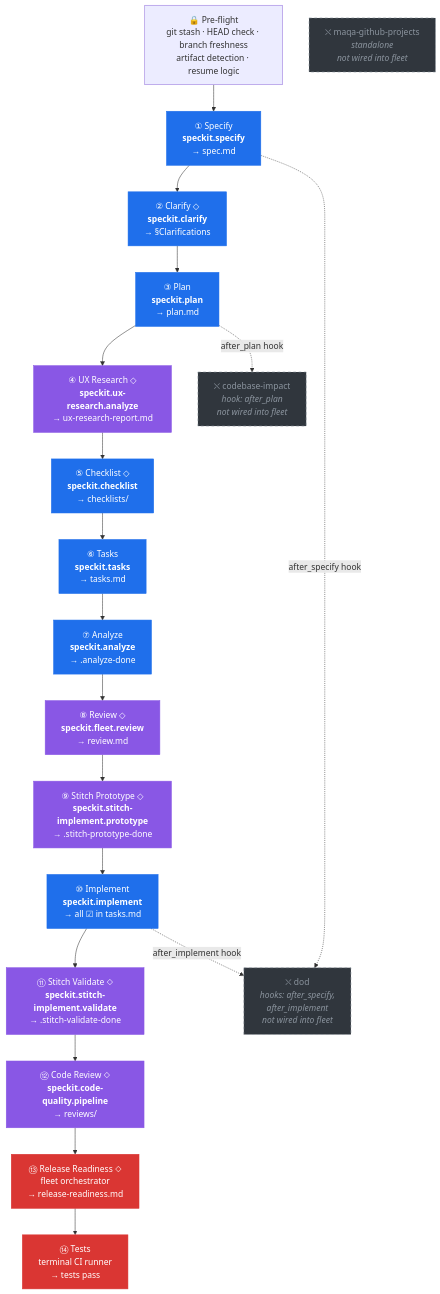
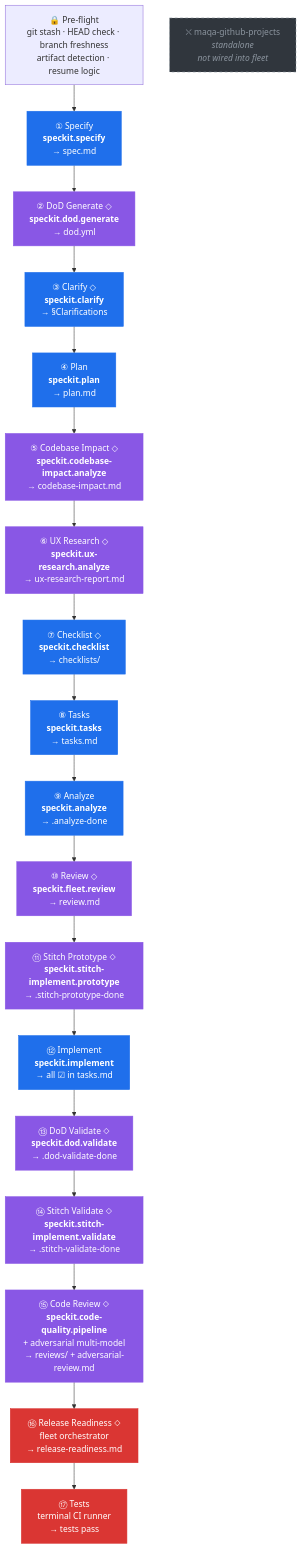
Before and after one commit to danieldekay/spec-kit-extensions: the diagram in extensions/fleet/README.md, drawn with Mermaid. The commit also changed other lines of this file and 4 other files, not shown here.

First line of the commit message:
feat(fleet): expand to 17 phases — integrate dod, codebase-impact, adversarial multi-model code review

````diff
--- a/extensions/fleet/README.md
+++ b/extensions/fleet/README.md
@@ -123,43 +133,40 @@
 ```mermaid
 flowchart TD
     %% ── Styles ──
     classDef core fill:#1f6feb,stroke:#1f6feb,color:#fff
     classDef ext fill:#8957e5,stroke:#8957e5,color:#fff
     classDef fleet fill:#da3633,stroke:#da3633,color:#fff
     classDef notint fill:#30363d,stroke:#8b949e,color:#8b949e,stroke-dasharray:5 5
 
     %% ── Pre-flight ──
     PRE["🔒 Pre-flight<br/>git stash · HEAD check · branch freshness<br/>artifact detection · resume logic"]
 
     %% ── Phase nodes ──
     P1["① Specify<br/><b>speckit.specify</b><br/>→ spec.md"]:::core
-    P2["② Clarify ◇<br/><b>speckit.clarify</b><br/>→ §Clarifications"]:::core
-    P3["③ Plan<br/><b>speckit.plan</b><br/>→ plan.md"]:::core
-    P4["④ UX Research ◇<br/><b>speckit.ux-research.analyze</b><br/>→ ux-research-report.md"]:::ext
-    P5["⑤ Checklist ◇<br/><b>speckit.checklist</b><br/>→ checklists/"]:::core
-    P6["⑥ Tasks<br/><b>speckit.tasks</b><br/>→ tasks.md"]:::core
-    P7["⑦ Analyze<br/><b>speckit.analyze</b><br/>→ .analyze-done"]:::core
-    P8["⑧ Review ◇<br/><b>speckit.fleet.review</b><br/>→ review.md"]:::ext
-    P9["⑨ Stitch Prototype ◇<br/><b>speckit.stitch-implement.prototype</b><br/>→ .stitch-prototype-done"]:::ext
-    P10["⑩ Implement<br/><b>speckit.implement</b><br/>→ all ☑ in tasks.md"]:::core
-    P11["⑪ Stitch Validate ◇<br/><b>speckit.stitch-implement.validate</b><br/>→ .stitch-validate-done"]:::ext
-    P12["⑫ Code Review ◇<br/><b>speckit.code-quality.pipeline</b><br/>→ reviews/"]:::ext
-    P13["⑬ Release Readiness ◇<br/>fleet orchestrator<br/>→ release-readiness.md"]:::fleet
-    P14["⑭ Tests<br/>terminal CI runner<br/>→ tests pass"]:::fleet
+    P2["② DoD Generate ◇<br/><b>speckit.dod.generate</b><br/>→ dod.yml"]:::ext
+    P3["③ Clarify ◇<br/><b>speckit.clarify</b><br/>→ §Clarifications"]:::core
+    P4["④ Plan<br/><b>speckit.plan</b><br/>→ plan.md"]:::core
+    P5["⑤ Codebase Impact ◇<br/><b>speckit.codebase-impact.analyze</b><br/>→ codebase-impact.md"]:::ext
+    P6["⑥ UX Research ◇<br/><b>speckit.ux-research.analyze</b><br/>→ ux-research-report.md"]:::ext
+    P7["⑦ Checklist ◇<br/><b>speckit.checklist</b><br/>→ checklists/"]:::core
+    P8["⑧ Tasks<br/><b>speckit.tasks</b><br/>→ tasks.md"]:::core
+    P9["⑨ Analyze<br/><b>speckit.analyze</b><br/>→ .analyze-done"]:::core
+    P10["⑩ Review ◇<br/><b>speckit.fleet.review</b><br/>→ review.md"]:::ext
+    P11["⑪ Stitch Prototype ◇<br/><b>speckit.stitch-implement.prototype</b><br/>→ .stitch-prototype-done"]:::ext
+    P12["⑫ Implement<br/><b>speckit.implement</b><br/>→ all ☑ in tasks.md"]:::core
+    P13["⑬ DoD Validate ◇<br/><b>speckit.dod.validate</b><br/>→ .dod-validate-done"]:::ext
+    P14["⑭ Stitch Validate ◇<br/><b>speckit.stitch-implement.validate</b><br/>→ .stitch-validate-done"]:::ext
+    P15["⑮ Code Review ◇<br/><b>speckit.code-quality.pipeline</b><br/>+ adversarial multi-model<br/>→ reviews/ + adversarial-review.md"]:::ext
+    P16["⑯ Release Readiness ◇<br/>fleet orchestrator<br/>→ release-readiness.md"]:::fleet
+    P17["⑰ Tests<br/>terminal CI runner<br/>→ tests pass"]:::fleet
 
     %% ── Not integrated ──
-    NI_CI["⛌ codebase-impact<br/><i>hook: after_plan</i><br/><i>not wired into fleet</i>"]:::notint
-    NI_DOD["⛌ dod<br/><i>hooks: after_specify,<br/>after_implement</i><br/><i>not wired into fleet</i>"]:::notint
     NI_MAQA["⛌ maqa-github-projects<br/><i>standalone</i><br/><i>not wired into fleet</i>"]:::notint
 
     %% ── Flow ──
     PRE --> P1
     P1 --> P2 --> P3 --> P4 --> P5 --> P6
-    P6 --> P7 --> P8 --> P9 --> P10
-    P10 --> P11 --> P12 --> P13 --> P14
-
-    %% ── Not-integrated hooks (dashed) ──
-    P3 -. "after_plan hook" .-> NI_CI
-    P1 -. "after_specify hook" .-> NI_DOD
-    P10 -. "after_implement hook" .-> NI_DOD
+    P6 --> P7 --> P8 --> P9 --> P10 --> P11
+    P11 --> P12 --> P13 --> P14 --> P15
+    P15 --> P16 --> P17
 ```
````
